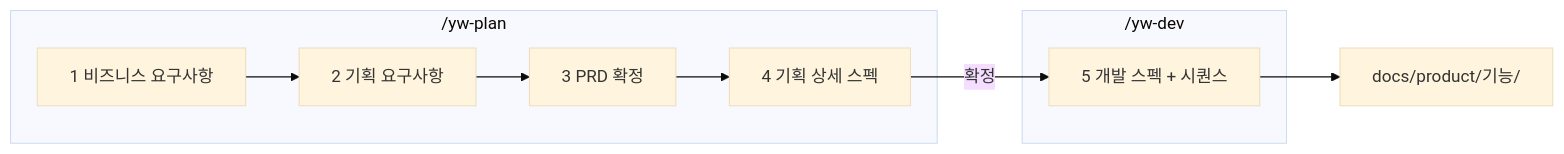
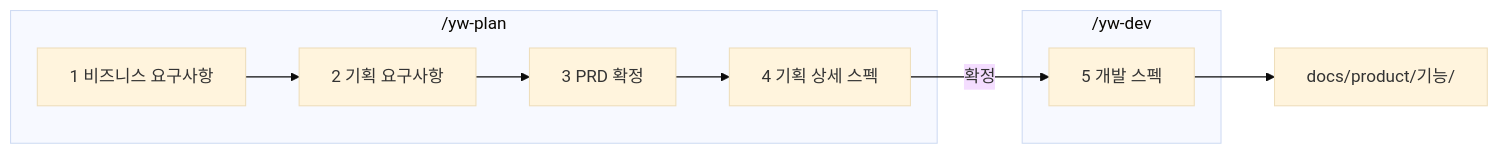
Before and after one commit to YeongWon2/product-planning: the diagram in README.md, drawn with Mermaid (base theme). The commit also changed other lines of this file and 17 other files, not shown here.

First line of the commit message:
feat!: 시퀀스 다이어그램을 유저 플로우와 개발 스펙 흐름 설계로 바꾼다

````diff
--- a/README.md
+++ b/README.md
@@ -57,11 +57,11 @@
 ```mermaid
 flowchart LR
     subgraph 기획 ["/yw-plan"]
       B[1 비즈니스 요구사항] --> P[2 기획 요구사항] --> R[3 PRD 확정] --> S[4 기획 상세 스펙]
     end
     subgraph 개발 ["/yw-dev"]
-      D[5 개발 스펙 + 시퀀스]
+      D[5 개발 스펙]
     end
     S -->|확정| D
     D --> X[docs/product/기능/]
 ```
````
